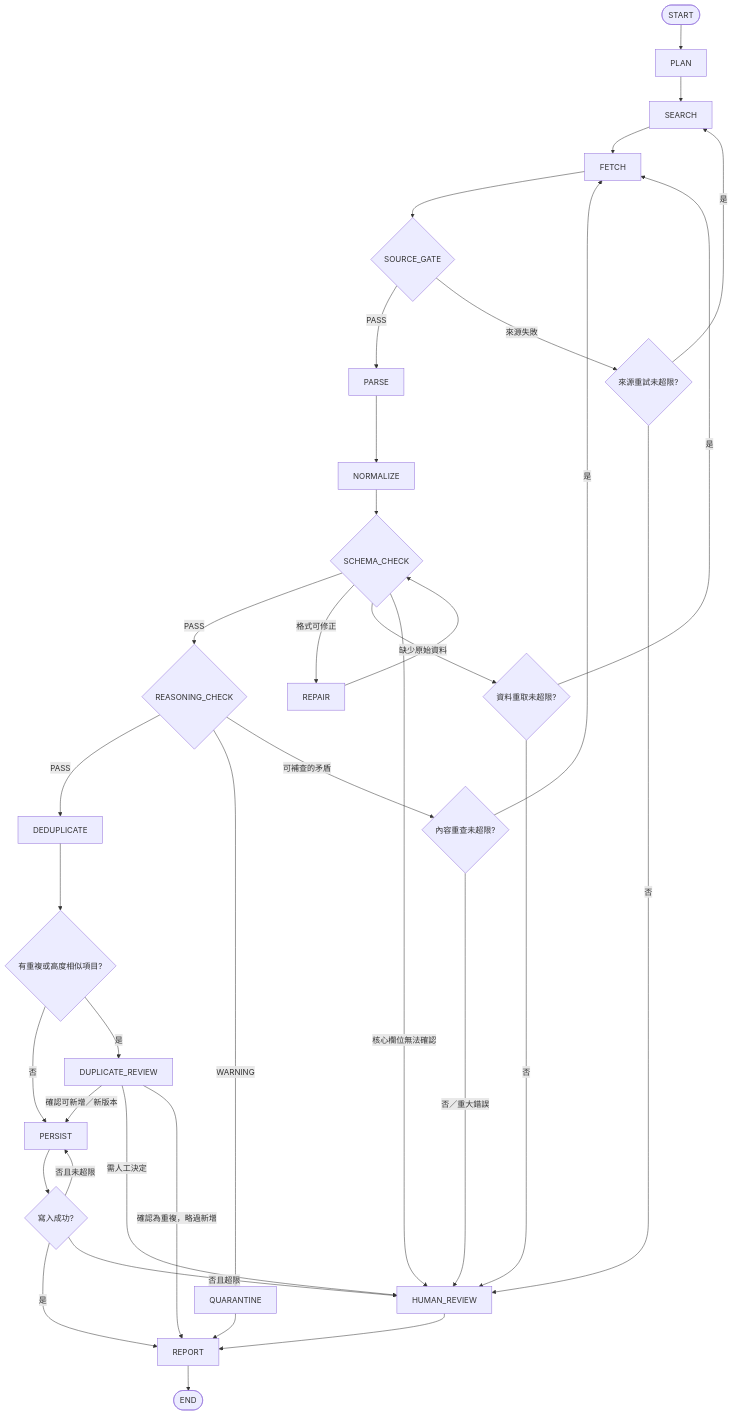
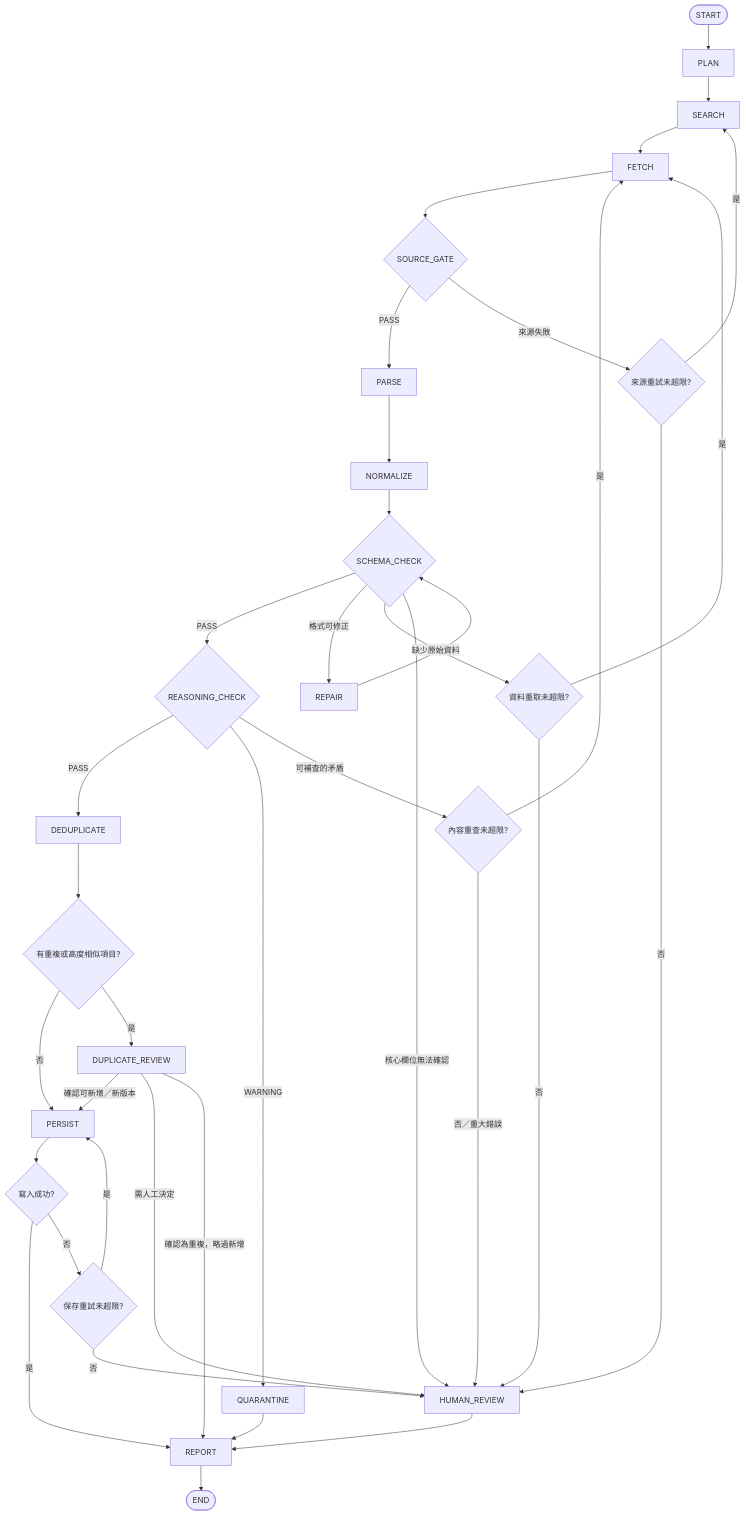
Before and after one commit to b101113002/Baking-wiki: the diagram in workflows/recipe-graph.md, drawn with Mermaid.

Commit message:
Show bounded persistence retry in Graph diagram

````diff
--- a/workflows/recipe-graph.md
+++ b/workflows/recipe-graph.md
@@ -36,33 +36,34 @@
 ```mermaid
 flowchart TD
     A([START]) --> B[PLAN] --> C[SEARCH] --> D[FETCH] --> E{SOURCE_GATE}
     E -->|PASS| F[PARSE]
     E -->|來源失敗| R1{來源重試未超限?}
     R1 -->|是| C
     R1 -->|否| H[HUMAN_REVIEW]
     F --> G[NORMALIZE] --> I{SCHEMA_CHECK}
     I -->|PASS| J{REASONING_CHECK}
     I -->|格式可修正| K[REPAIR] --> I
     I -->|缺少原始資料| R2{資料重取未超限?}
     R2 -->|是| D
     R2 -->|否| H
     I -->|核心欄位無法確認| H
     J -->|PASS| L[DEDUPLICATE]
     J -->|WARNING| Q[QUARANTINE]
     J -->|可補查的矛盾| R3{內容重查未超限?}
     R3 -->|是| D
     R3 -->|否／重大錯誤| H
     L --> M{有重複或高度相似項目?}
     M -->|否| N[PERSIST]
     M -->|是| O[DUPLICATE_REVIEW]
     O -->|確認可新增／新版本| N
     O -->|需人工決定| H
     O -->|確認為重複，略過新增| P[REPORT]
     N --> S{寫入成功?}
     S -->|是| P
-    S -->|否且未超限| N
-    S -->|否且超限| H
+    S -->|否| R4{保存重試未超限?}
+    R4 -->|是| N
+    R4 -->|否| H
     Q --> P
     H --> P
     P --> T([END])
 ```
````
